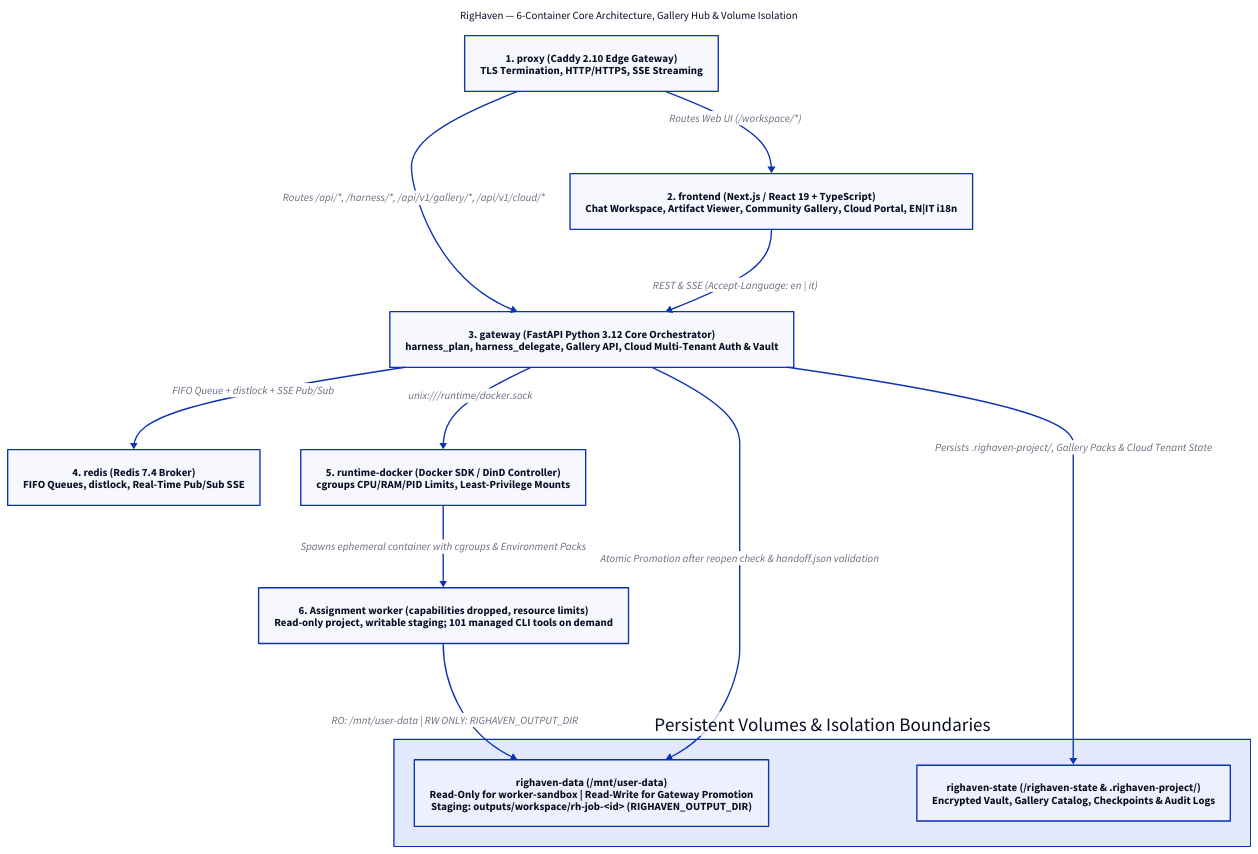
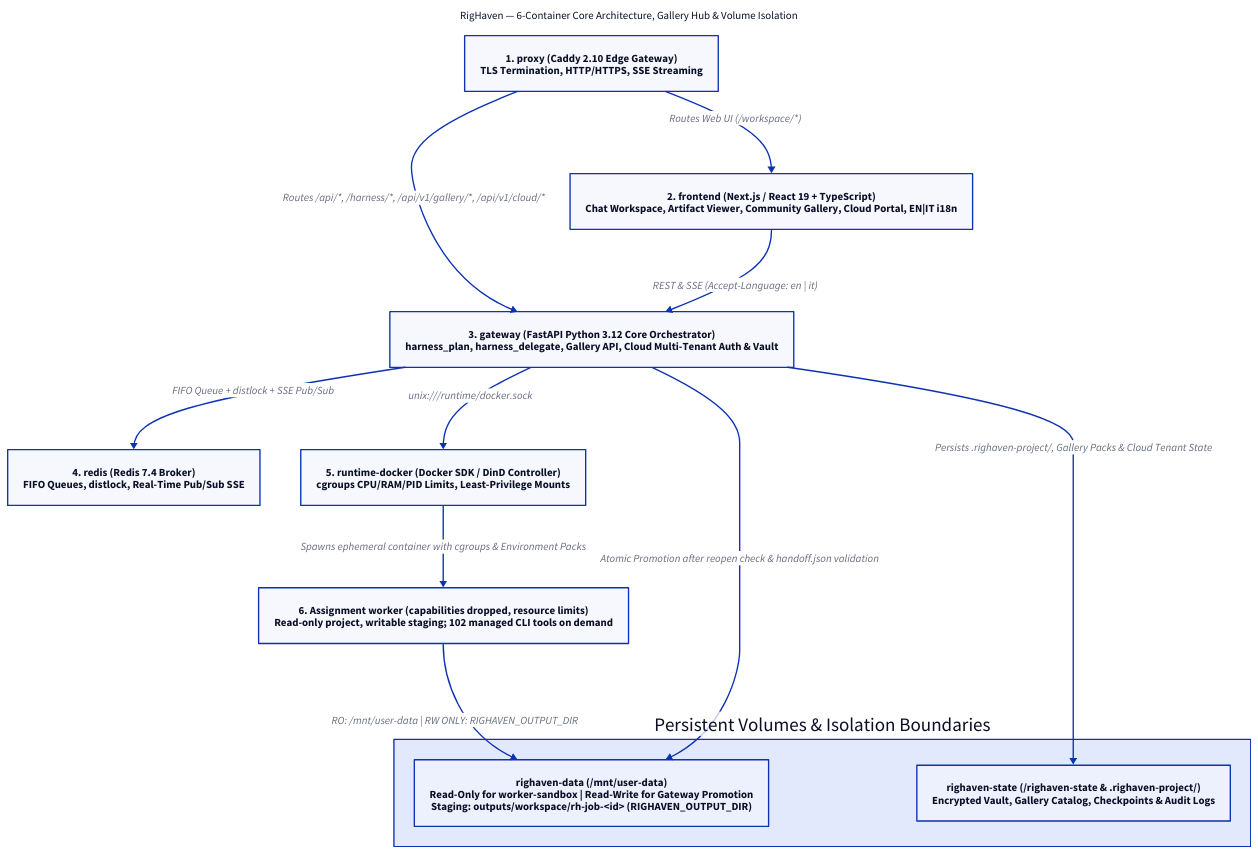
Before and after one commit to ggmm82/righaven: the diagram in docs/c4/righaven_containers.d2, drawn with D2. The commit also changed 4 other files, not shown here.

```diff
--- a/docs/c4/righaven_containers.d2
+++ b/docs/c4/righaven_containers.d2
@@ -1,29 +1,29 @@
 direction: down
 
 title: {
   label: "RigHaven — 6-Container Core Architecture, Gallery Hub & Volume Isolation"
   near: top-center
   shape: text
 }
 
 proxy: "1. proxy (Caddy 2.10 Edge Gateway)\nTLS Termination, HTTP/HTTPS, SSE Streaming"
 frontend: "2. frontend (Next.js / React 19 + TypeScript)\nChat Workspace, Artifact Viewer, Community Gallery, Cloud Portal, EN|IT i18n"
 gateway: "3. gateway (FastAPI Python 3.12 Core Orchestrator)\nharness_plan, harness_delegate, Gallery API, Cloud Multi-Tenant Auth & Vault"
 redis: "4. redis (Redis 7.4 Broker)\nFIFO Queues, distlock, Real-Time Pub/Sub SSE"
 runtime_docker: "5. runtime-docker (Docker SDK / DinD Controller)\ncgroups CPU/RAM/PID Limits, Least-Privilege Mounts"
-worker_sandbox: "6. Assignment worker (capabilities dropped, resource limits)\nRead-only project, writable staging; 101 managed CLI tools on demand"
+worker_sandbox: "6. Assignment worker (capabilities dropped, resource limits)\nRead-only project, writable staging; 102 managed CLI tools on demand"
 
 volumes: "Persistent Volumes & Isolation Boundaries" {
   righaven_data: "righaven-data (/mnt/user-data)\nRead-Only for worker-sandbox | Read-Write for Gateway Promotion\nStaging: outputs/workspace/rh-job-<id> (RIGHAVEN_OUTPUT_DIR)"
   righaven_state: "righaven-state (/righaven-state & .righaven-project/)\nEncrypted Vault, Gallery Catalog, Checkpoints & Audit Logs"
 }
 
 proxy -> frontend: "Routes Web UI (/workspace/*)"
 proxy -> gateway: "Routes /api/*, /harness/*, /api/v1/gallery/*, /api/v1/cloud/*"
 frontend -> gateway: "REST & SSE (Accept-Language: en | it)"
 gateway -> redis: "FIFO Queue + distlock + SSE Pub/Sub"
 gateway -> runtime_docker: "unix:///runtime/docker.sock"
 runtime_docker -> worker_sandbox: "Spawns ephemeral container with cgroups & Environment Packs"
 worker_sandbox -> volumes.righaven_data: "RO: /mnt/user-data | RW ONLY: RIGHAVEN_OUTPUT_DIR"
 gateway -> volumes.righaven_data: "Atomic Promotion after reopen check & handoff.json validation"
 gateway -> volumes.righaven_state: "Persists .righaven-project/, Gallery Packs & Cloud Tenant State"
```
